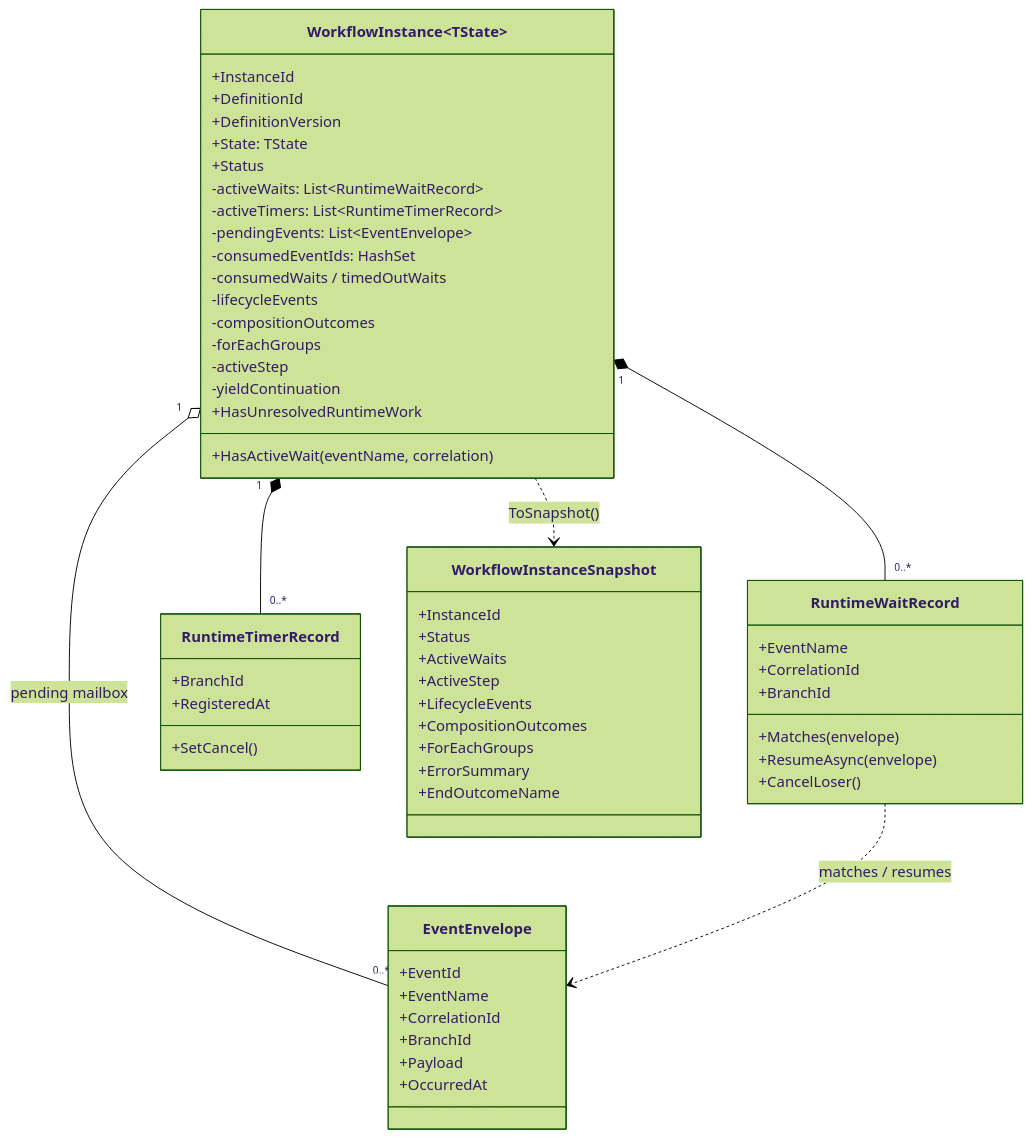
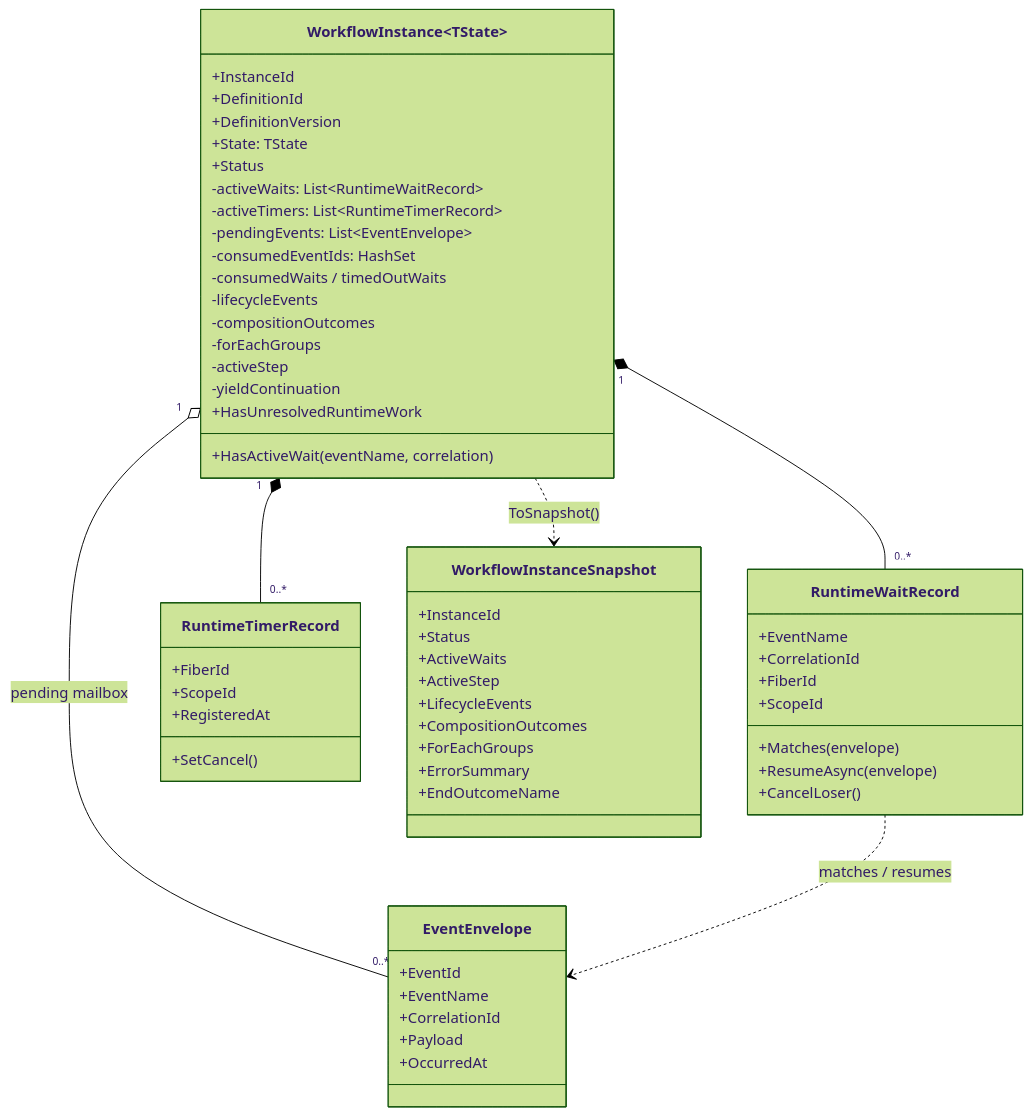
One commit to dekrevedko/Workflow-orca changed the fourth of 18 diagrams in docs/ephemeral-engine-diagrams.md. Above: the diagram before and after it, drawn with Mermaid (forest theme). The commit also changed other lines of this file and 238 other files, not shown here.

````diff
--- a/docs/ephemeral-engine-diagrams.md
+++ b/docs/ephemeral-engine-diagrams.md
@@ -242,66 +236,67 @@
 ```mermaid
 classDiagram
   direction TB
 
   class WorkflowInstance~TState~ {
     +InstanceId
     +DefinitionId
     +DefinitionVersion
     +State: TState
     +Status
     -activeWaits: List~RuntimeWaitRecord~
     -activeTimers: List~RuntimeTimerRecord~
     -pendingEvents: List~EventEnvelope~
     -consumedEventIds: HashSet
     -consumedWaits / timedOutWaits
     -lifecycleEvents
     -compositionOutcomes
     -forEachGroups
     -activeStep
     -yieldContinuation
     +HasUnresolvedRuntimeWork
     +HasActiveWait(eventName, correlation)
   }
 
   class RuntimeWaitRecord {
     +EventName
     +CorrelationId
-    +BranchId
+    +FiberId
+    +ScopeId
     +Matches(envelope)
     +ResumeAsync(envelope)
     +CancelLoser()
   }
 
   class RuntimeTimerRecord {
-    +BranchId
+    +FiberId
+    +ScopeId
     +RegisteredAt
     +SetCancel()
   }
 
   class EventEnvelope {
     +EventId
     +EventName
     +CorrelationId
-    +BranchId
     +Payload
     +OccurredAt
   }
 
   class WorkflowInstanceSnapshot {
     +InstanceId
     +Status
     +ActiveWaits
     +ActiveStep
     +LifecycleEvents
     +CompositionOutcomes
     +ForEachGroups
     +ErrorSummary
     +EndOutcomeName
   }
 
   WorkflowInstance~TState~ "1" *-- "0..*" RuntimeWaitRecord
   WorkflowInstance~TState~ "1" *-- "0..*" RuntimeTimerRecord
   WorkflowInstance~TState~ "1" o-- "0..*" EventEnvelope : pending mailbox
   WorkflowInstance~TState~ ..> WorkflowInstanceSnapshot : ToSnapshot()
   RuntimeWaitRecord ..> EventEnvelope : matches / resumes
 ```
````
